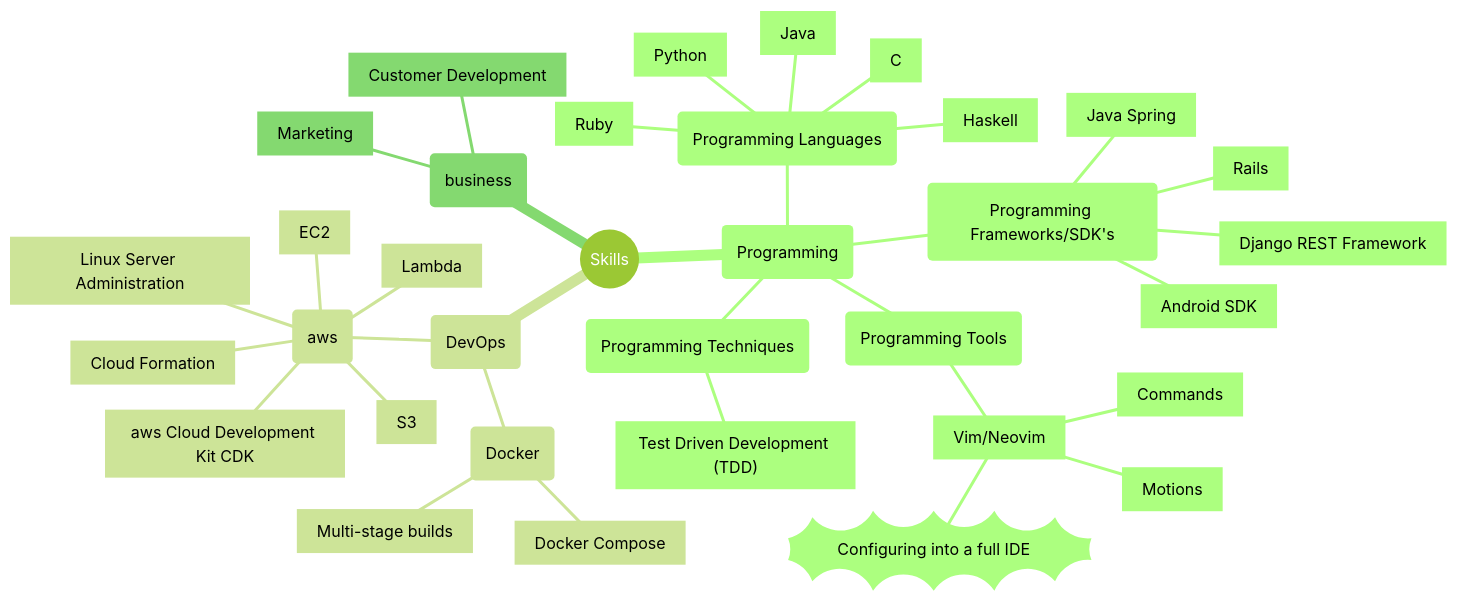
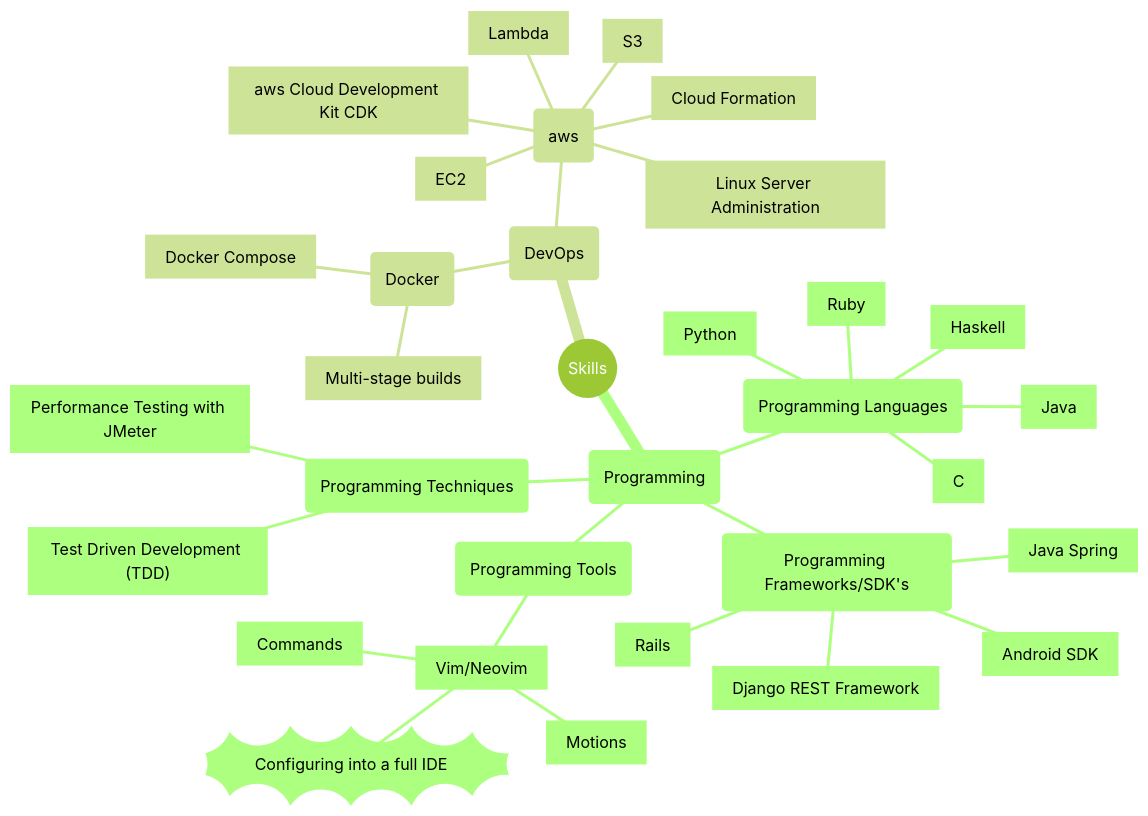
The second of 2 diagrams in README.md (Russell-Waterhouse/skill-tree), drawn with Mermaid (forest theme) before and after one commit. The commit also changed other lines of this file, not shown here.

````diff
--- a/README.md
+++ b/README.md
@@ -20,38 +20,36 @@
 ```mermaid
 mindmap
     root((Skills))
         (Programming)
             (Programming Languages)
                 [Java]
                 [C]
                 [Python]
                 [Ruby]
                 [Haskell]
             (Programming Frameworks/SDK's)
                 [Android SDK]
                 [Rails]
                 [Django REST Framework]
                 [Java Spring]
             (Programming Tools)
                 [Vim/Neovim]
                     [Motions]
                     [Commands]
                     ))Configuring into a full IDE((
             (Programming Techniques)
                 ["Test Driven Development (TDD)"]
+                [Performance Testing with JMeter]
         (DevOps)
             (Docker)
                 [Multi-stage builds]
                 [Docker Compose]
             (aws)
                 [aws Cloud Development Kit CDK]
                 [S3]
                 [Lambda]
                 [Cloud Formation]
                 [EC2]
                 [Linux Server Administration]
-        (business)
-            [Marketing]
-            [Customer Development]
 
 ```
````
